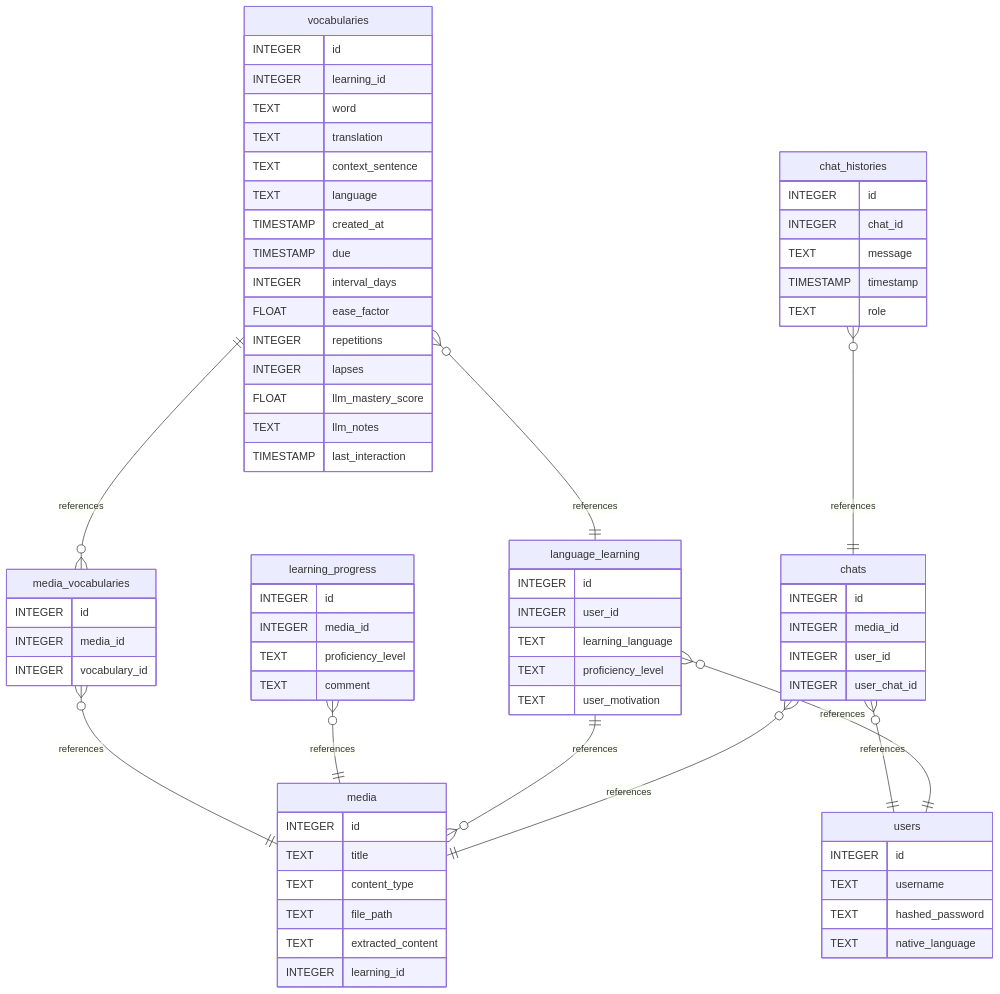
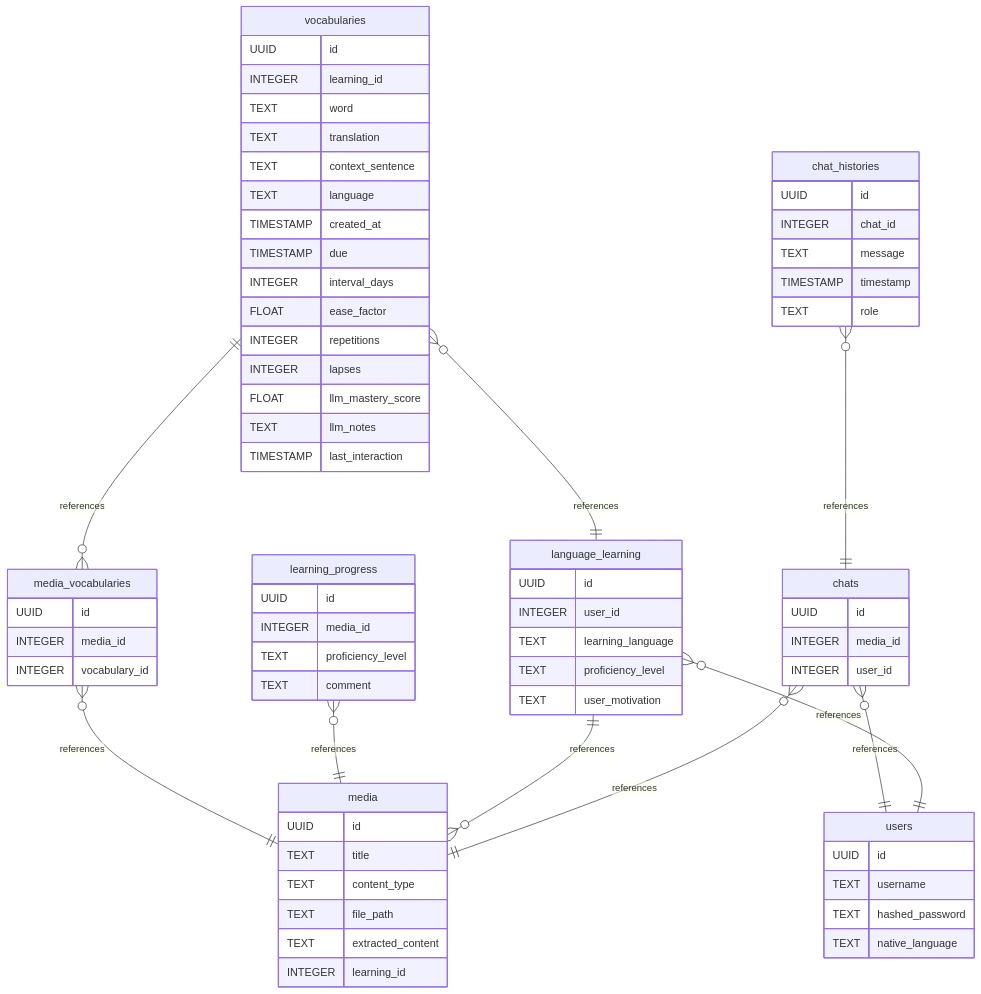
Before and after one commit to BurkhardtJan/Dengwa-AI: the second of 2 diagrams in README.md, drawn with Mermaid. The commit also changed other lines of this file and 29 other files, not shown here.

````diff
--- a/README.md
+++ b/README.md
@@ -228,82 +231,81 @@
 ```mermaid
 erDiagram
     chat_histories }o--|| chats: references
     chats }o--|| media: references
     language_learning }o--|| users: references
     language_learning ||--o{ media: references
     learning_progress }o--|| media: references
     media_vocabularies }o--|| media: references
     vocabularies ||--o{ media_vocabularies: references
     vocabularies }o--|| language_learning: references
     chats }o--|| users: references
 
     users {
-        INTEGER id
+        UUID id
         TEXT username
         TEXT hashed_password
         TEXT native_language
     }
 
     media {
-        INTEGER id
+        UUID id
         TEXT title
         TEXT content_type
         TEXT file_path
         TEXT extracted_content
         INTEGER learning_id
     }
 
     vocabularies {
-        INTEGER id
+        UUID id
         INTEGER learning_id
         TEXT word
         TEXT translation
         TEXT context_sentence
         TEXT language
         TIMESTAMP created_at
         TIMESTAMP due
         INTEGER interval_days
         FLOAT ease_factor
         INTEGER repetitions
         INTEGER lapses
         FLOAT llm_mastery_score
         TEXT llm_notes
         TIMESTAMP last_interaction
     }
 
     chats {
-        INTEGER id
+        UUID id
         INTEGER media_id
         INTEGER user_id
-        INTEGER user_chat_id
     }
 
     chat_histories {
-        INTEGER id
+        UUID id
         INTEGER chat_id
         TEXT message
         TIMESTAMP timestamp
         TEXT role
     }
 
     language_learning {
-        INTEGER id
+        UUID id
         INTEGER user_id
         TEXT learning_language
         TEXT proficiency_level
         TEXT user_motivation
     }
 
     learning_progress {
-        INTEGER id
+        UUID id
         INTEGER media_id
         TEXT proficiency_level
         TEXT comment
     }
 
     media_vocabularies {
-        INTEGER id
+        UUID id
         INTEGER media_id
         INTEGER vocabulary_id
     }
 ```
````
